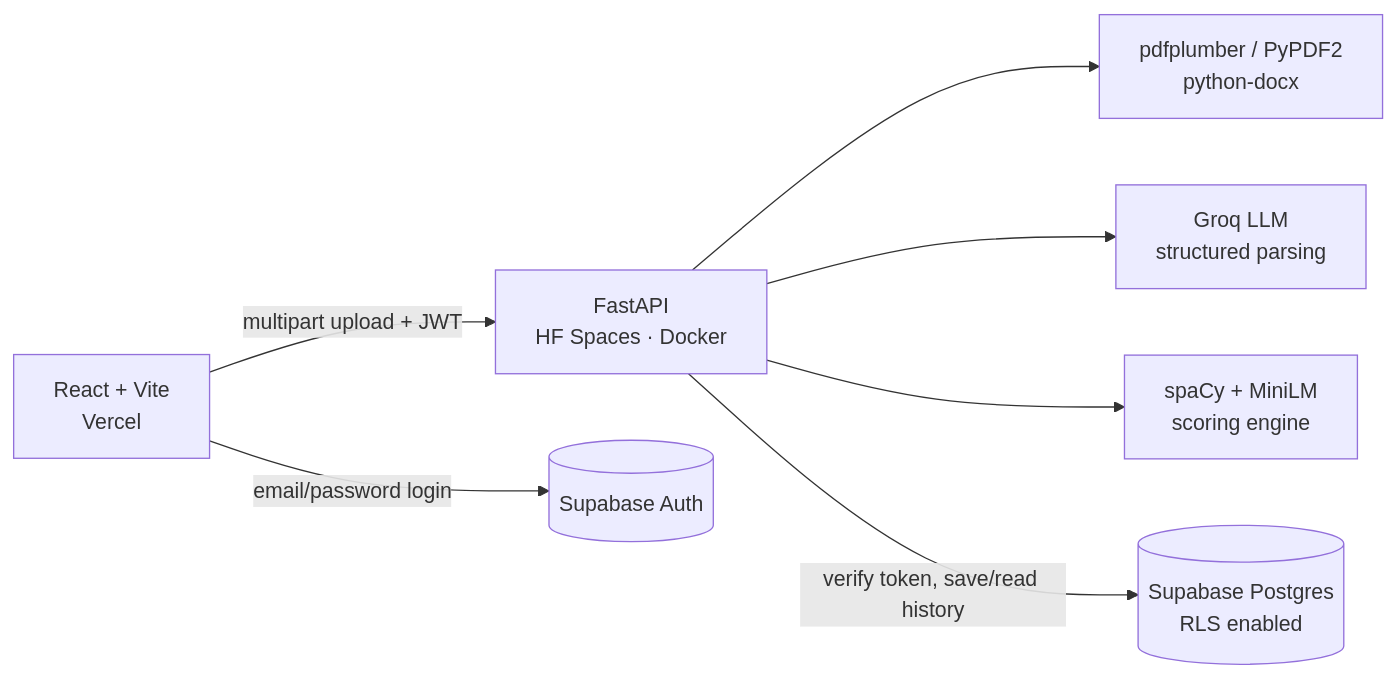
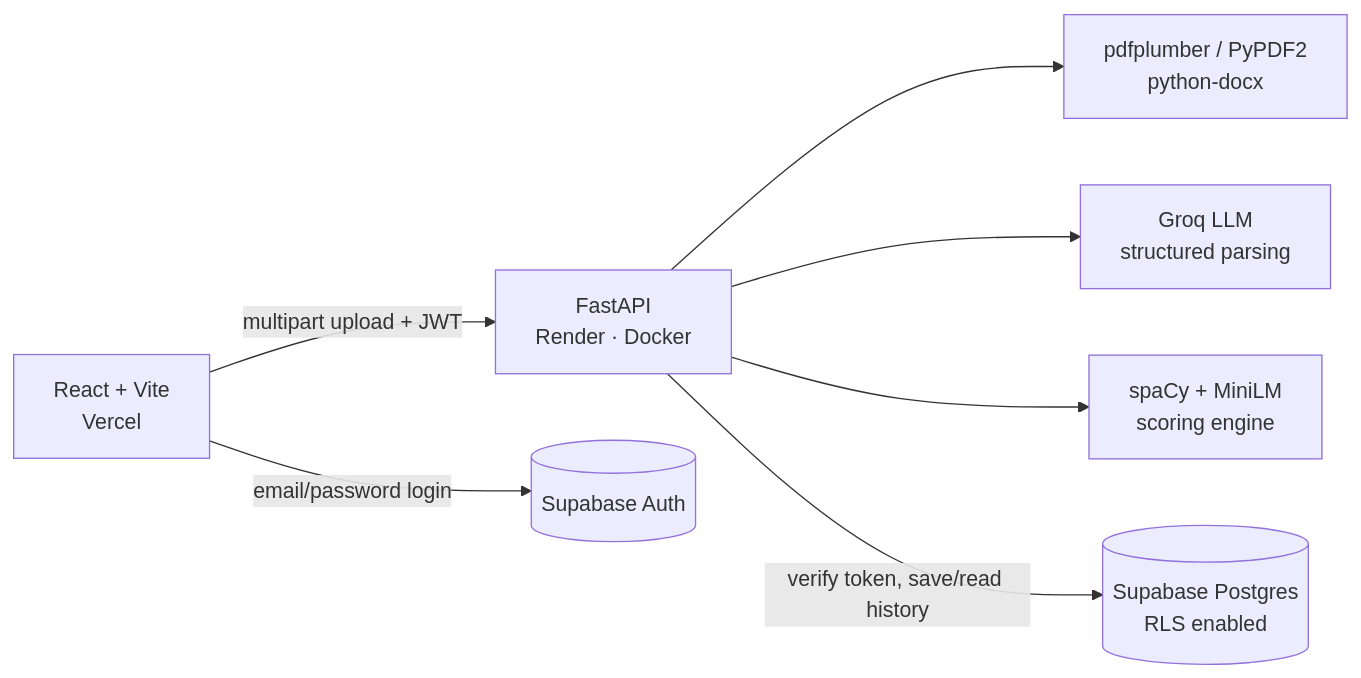
Before and after one commit to Adityagupta27102003/ats-resume-analyzer: the diagram in README.md, drawn with Mermaid. The commit also changed other lines of this file and 10 other files, not shown here.

````diff
--- a/README.md
+++ b/README.md
@@ -37,9 +37,9 @@
 ```mermaid
 flowchart LR
-    U[React + Vite<br/>Vercel] -->|multipart upload + JWT| A[FastAPI<br/>HF Spaces · Docker]
+    U[React + Vite<br/>Vercel] -->|multipart upload + JWT| A[FastAPI<br/>Render · Docker]
     U -->|email/password login| S[(Supabase Auth)]
     A --> P[pdfplumber / PyPDF2<br/>python-docx]
     A --> G[Groq LLM<br/>structured parsing]
     A --> M[spaCy + MiniLM<br/>scoring engine]
     A -->|verify token, save/read history| DB[(Supabase Postgres<br/>RLS enabled)]
 ```
````
